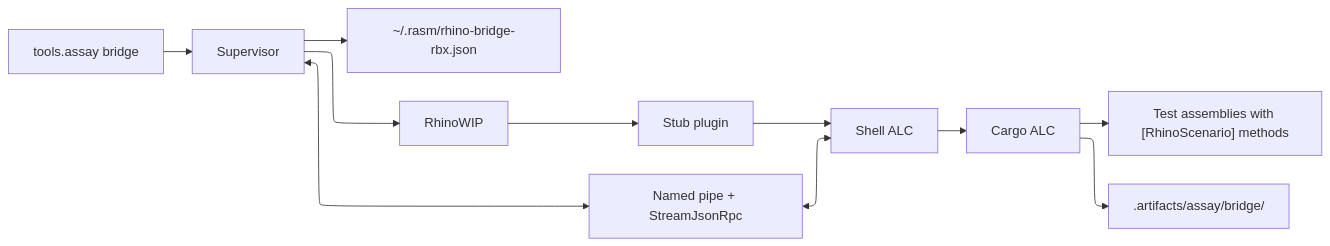
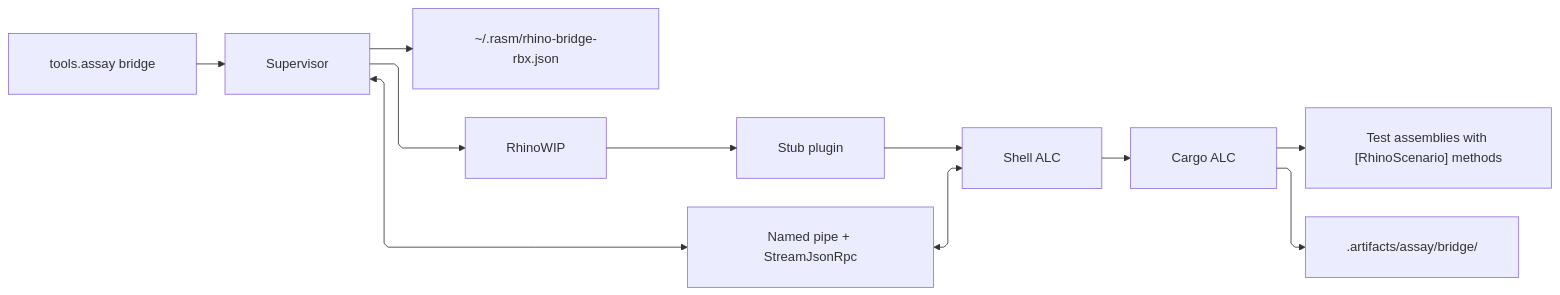
One commit to bsamiee/Rasm changed the diagram in tools/rhino-bridge/README.md. Above: the diagram before and after it, drawn with Mermaid. The commit also changed other lines of this file and 383 other files, not shown here.

````diff
--- a/tools/rhino-bridge/README.md
+++ b/tools/rhino-bridge/README.md
@@ -101,17 +101,22 @@
 ```mermaid
 ---
 config:
   layout: elk
+  flowchart:
+    curve: linear
+    padding: 25
 ---
 flowchart LR
+    accTitle: Bridge session architecture
+    accDescr: Assay drives the supervisor, which launches or reuses RhinoWIP, connects to the shell ALC over a named pipe, loads cargo, and folds scenario evidence into the run report directory.
     Assay["tools.assay bridge"] --> Supervisor["Supervisor"]
     Supervisor --> Endpoint["~/.rasm/rhino-bridge-rbx.json"]
     Supervisor --> Rhino["RhinoWIP"]
     Rhino --> Stub["Stub plugin"]
     Stub --> Shell["Shell ALC"]
     Supervisor <--> Pipe["Named pipe + StreamJsonRpc"]
     Pipe <--> Shell
     Shell --> Cargo["Cargo ALC"]
     Cargo --> Scenarios["Test assemblies with [RhinoScenario] methods"]
     Cargo --> ReportDir[".artifacts/assay/bridge/<runId>"]
 ```
````
